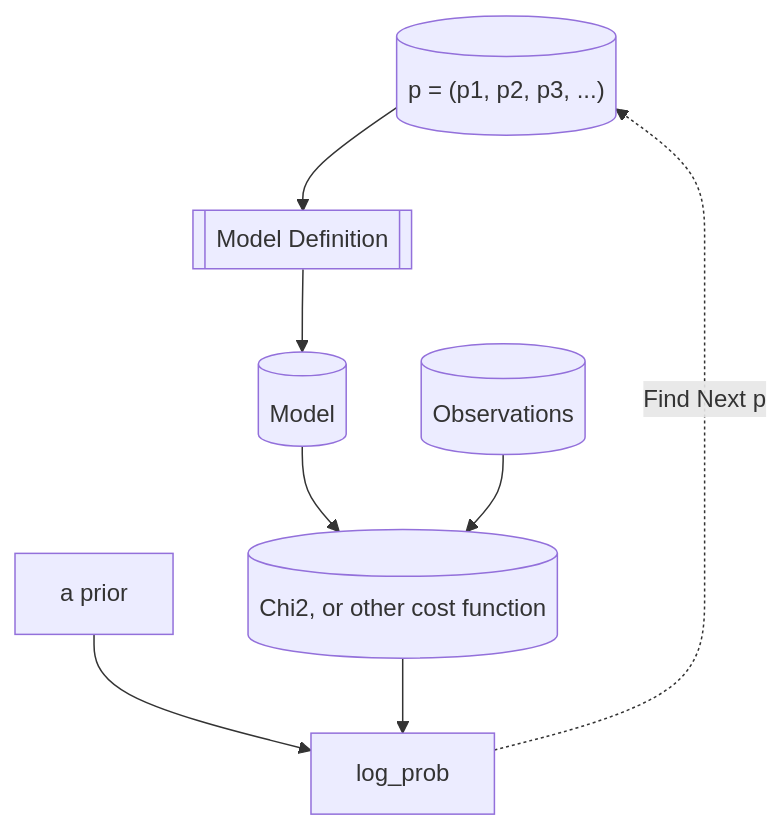
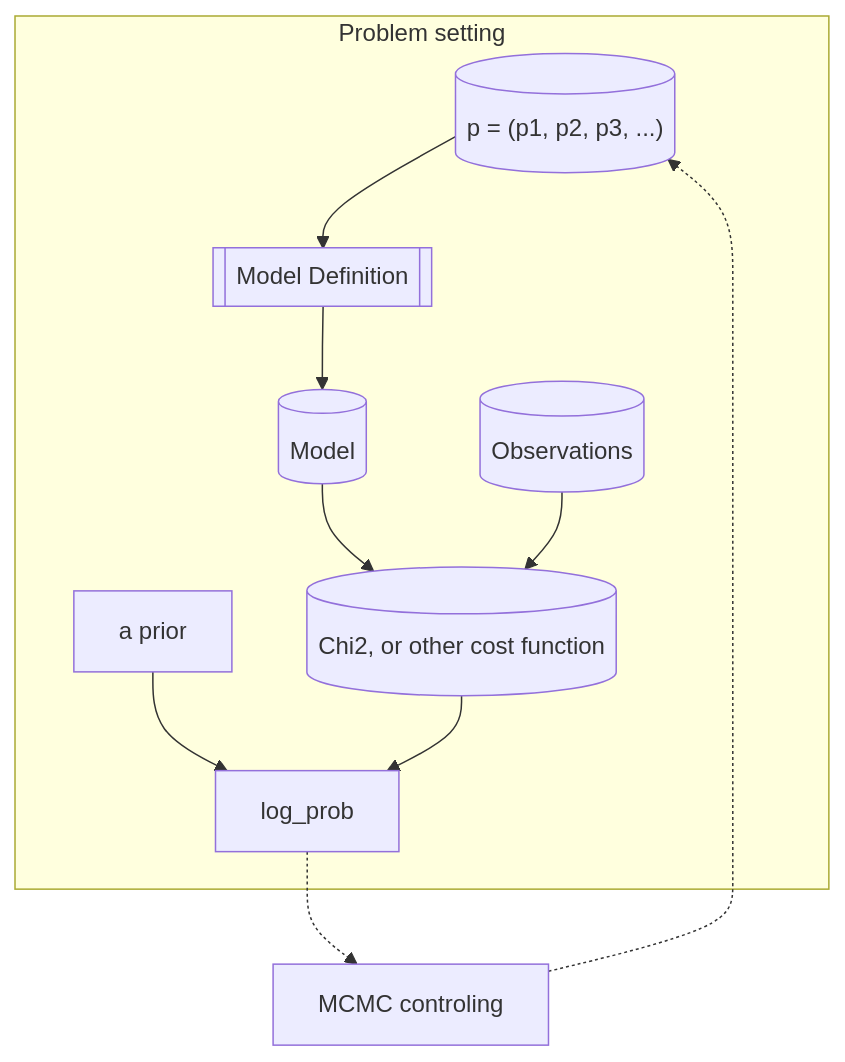
The diagram in README.md (LinusChen/MCMC-engine), drawn with Mermaid before and after one commit. The commit also changed other lines of this file, not shown here.

````diff
--- a/README.md
+++ b/README.md
@@ -4,16 +10,19 @@
 ```mermaid
 flowchart TD
 ParameterSet[("p = (p1, p2, p3, ...)")]
 ModelDef[[Model Definition]]
 Model[(Model)]
 Obs[(Observations)]
 Cost[(Chi2, or other cost function)]
 probability[log_prob]
 aprior[a prior]
+MCMC[MCMC controling]
 
-ParameterSet --> ModelDef --> Model
+probability .-> MCMC .-> ParameterSet
 
-Model & Obs--> Cost
-aprior & Cost --> probability
-probability -.Find Next p.-> ParameterSet
+subgraph problem [Problem setting]
+  ParameterSet --> ModelDef --> Model
+  Model & Obs--> Cost
+  aprior & Cost --> probability
+  end
 ```
````
